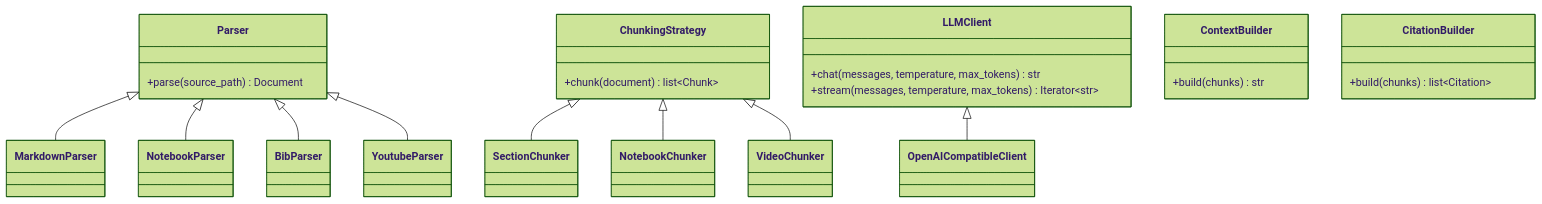
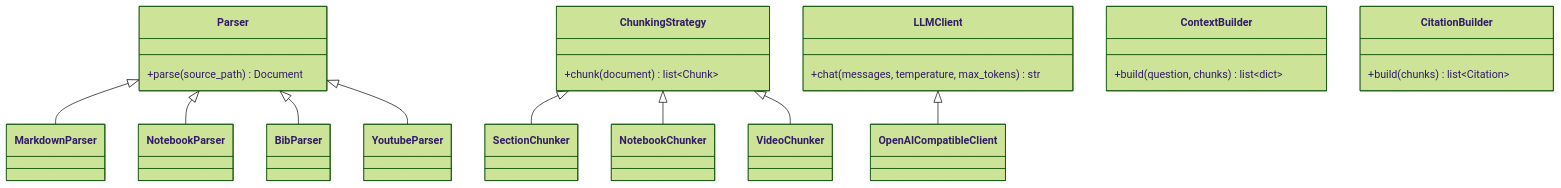
One commit to biplovbhandari/earthrise-book-assistant changed the fifth of 6 diagrams in system-design/architecture_contracts.md. Above: the diagram before and after it, drawn with Mermaid (forest theme). The commit also changed other lines of this file, not shown here.

Commit message:
Sync architecture contracts

````diff
--- a/system-design/architecture_contracts.md
+++ b/system-design/architecture_contracts.md
@@ -174,32 +174,31 @@
 ```mermaid
 classDiagram
   class Parser {
     +parse(source_path) Document
   }
 
   class ChunkingStrategy {
     +chunk(document) list~Chunk~
   }
 
   class LLMClient {
     +chat(messages, temperature, max_tokens) str
-    +stream(messages, temperature, max_tokens) Iterator~str~
   }
 
   class ContextBuilder {
-    +build(chunks) str
+    +build(question, chunks) list~dict~
   }
 
   class CitationBuilder {
     +build(chunks) list~Citation~
   }
 
   Parser <|-- MarkdownParser
   Parser <|-- NotebookParser
   Parser <|-- BibParser
   Parser <|-- YoutubeParser
   ChunkingStrategy <|-- SectionChunker
   ChunkingStrategy <|-- NotebookChunker
   ChunkingStrategy <|-- VideoChunker
   LLMClient <|-- OpenAICompatibleClient
 ```
````
